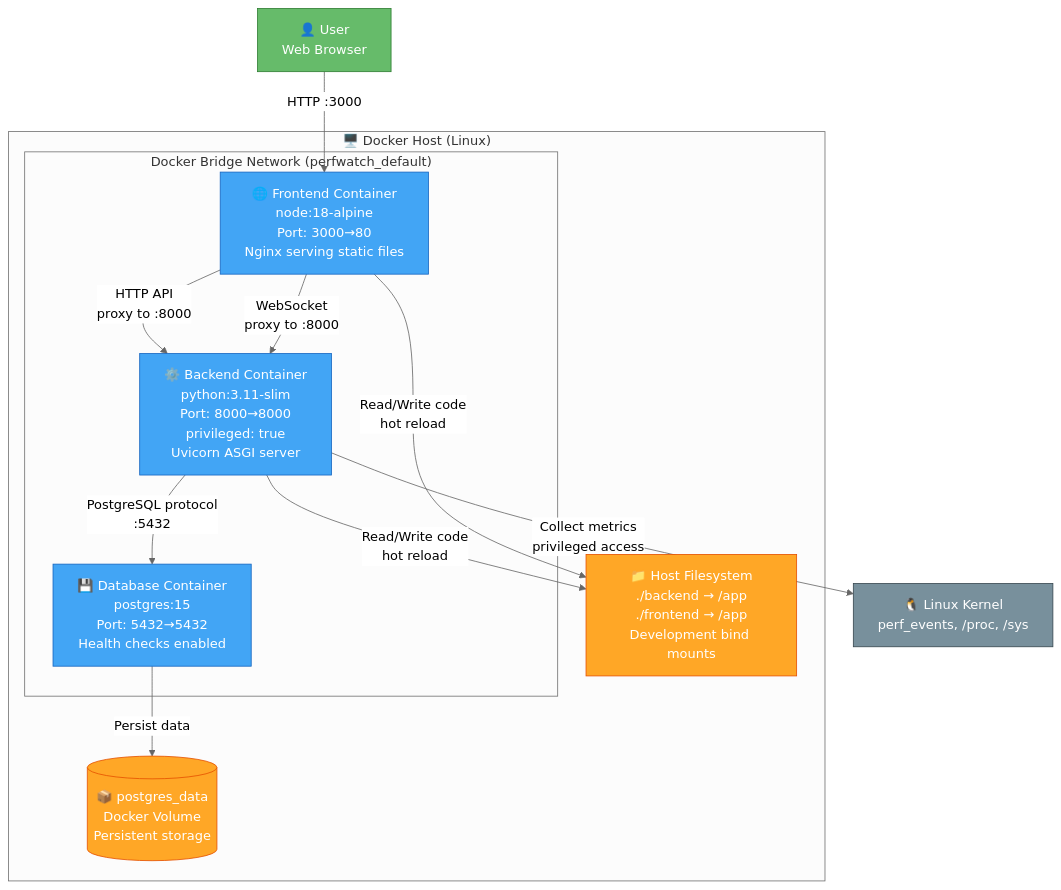
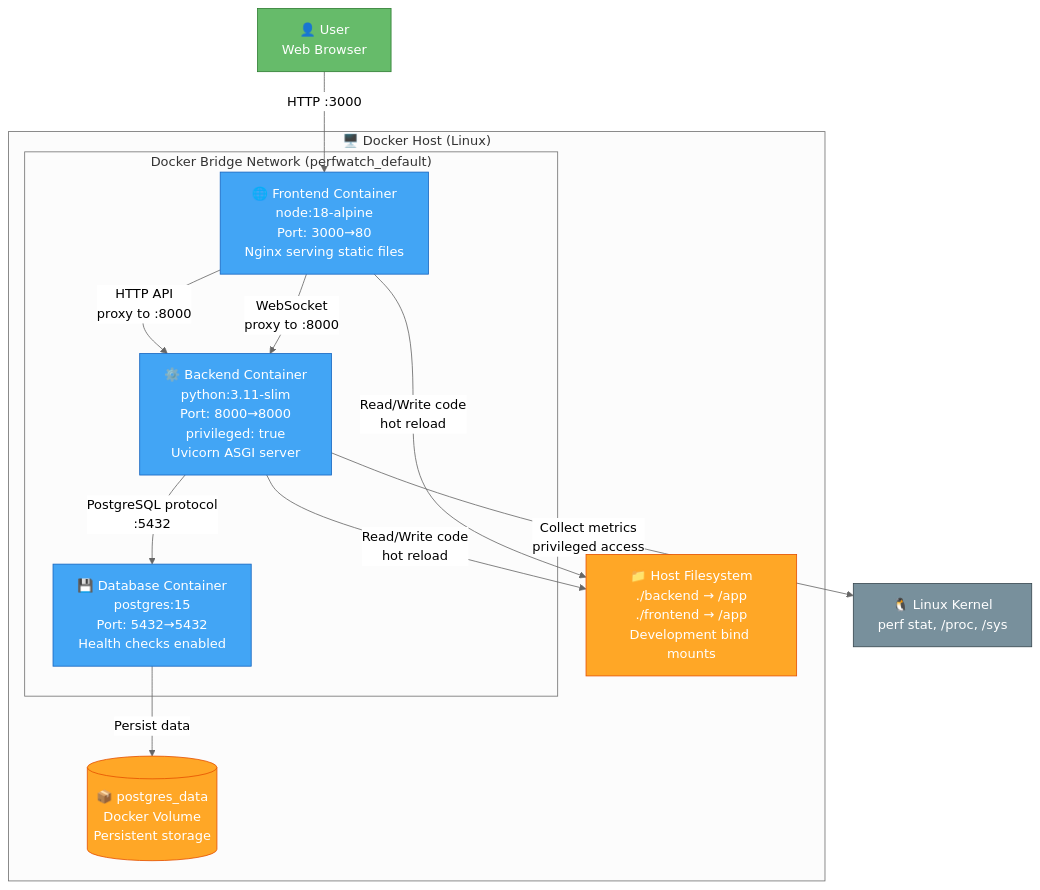
Before and after one commit to zhyndalf/perfwatch: the first of 2 diagrams in docs/diagrams/developers/deployment.md, drawn with Mermaid (neutral theme). The commit also changed other lines of this file and 52 other files, not shown here.

Commit message:
refactor: perf stat collector and docs sync

````diff
--- a/docs/diagrams/developers/deployment.md
+++ b/docs/diagrams/developers/deployment.md
@@ -11,36 +11,36 @@
 ```mermaid
 graph TB
     subgraph Host["🖥️ Docker Host (Linux)"]
         subgraph Network["Docker Bridge Network (perfwatch_default)"]
             Frontend[🌐 Frontend Container<br/>node:18-alpine<br/>Port: 3000→80<br/>Nginx serving static files]
             Backend[⚙️ Backend Container<br/>python:3.11-slim<br/>Port: 8000→8000<br/>privileged: true<br/>Uvicorn ASGI server]
             Database[💾 Database Container<br/>postgres:15<br/>Port: 5432→5432<br/>Health checks enabled]
         end
 
         Volume[(📦 postgres_data<br/>Docker Volume<br/>Persistent storage)]
 
         HostFS[📁 Host Filesystem<br/>./backend → /app<br/>./frontend → /app<br/>Development bind mounts]
     end
 
     User[👤 User<br/>Web Browser]
-    LinuxKernel[🐧 Linux Kernel<br/>perf_events, /proc, /sys]
+    LinuxKernel[🐧 Linux Kernel<br/>perf stat, /proc, /sys]
 
     User -->|HTTP :3000| Frontend
     Frontend -->|HTTP API<br/>proxy to :8000| Backend
     Frontend -->|WebSocket<br/>proxy to :8000| Backend
     Backend -->|PostgreSQL protocol<br/>:5432| Database
     Database -->|Persist data| Volume
     Backend -->|Read/Write code<br/>hot reload| HostFS
     Frontend -->|Read/Write code<br/>hot reload| HostFS
     Backend -->|Collect metrics<br/>privileged access| LinuxKernel
 
     classDef containerStyle fill:#42A5F5,stroke:#1565C0,color:#fff
     classDef storageStyle fill:#FFA726,stroke:#E65100,color:#fff
     classDef externalStyle fill:#66BB6A,stroke:#2E7D32,color:#fff
     classDef kernelStyle fill:#78909C,stroke:#37474F,color:#fff
 
     class Frontend,Backend,Database containerStyle
     class Volume,HostFS storageStyle
     class User externalStyle
     class LinuxKernel kernelStyle
 ```
````
